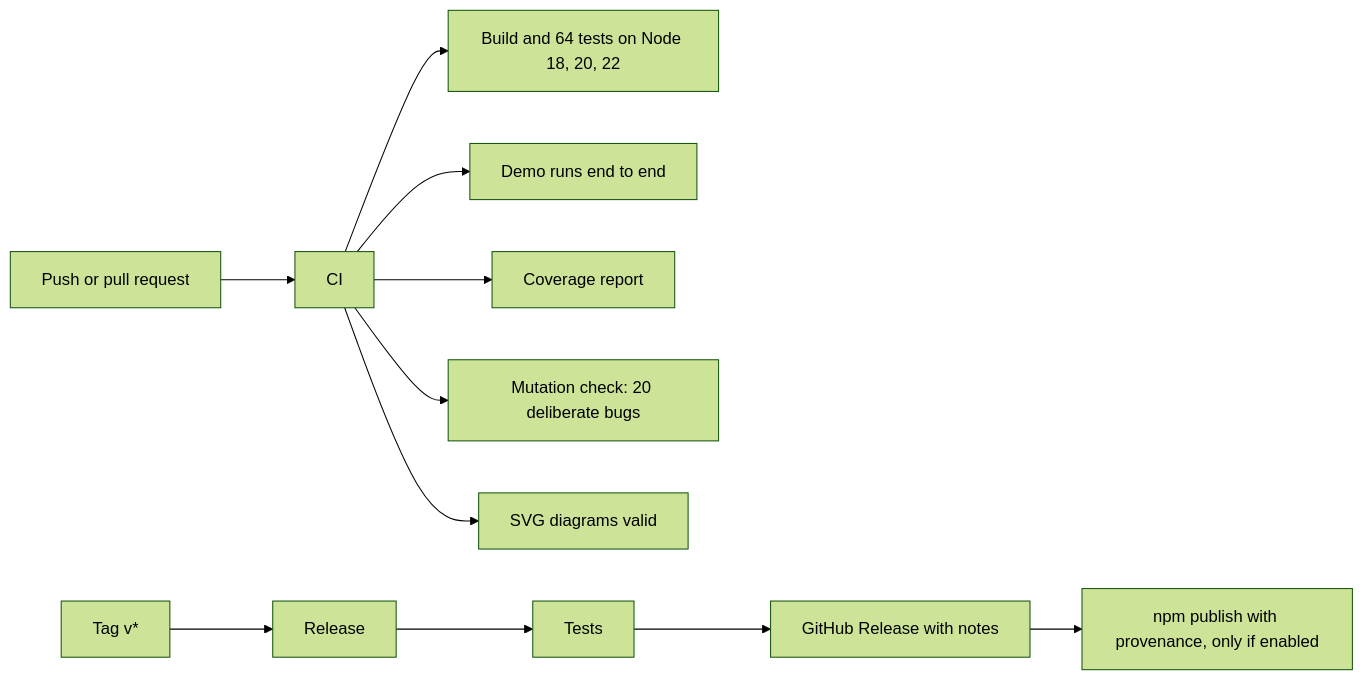
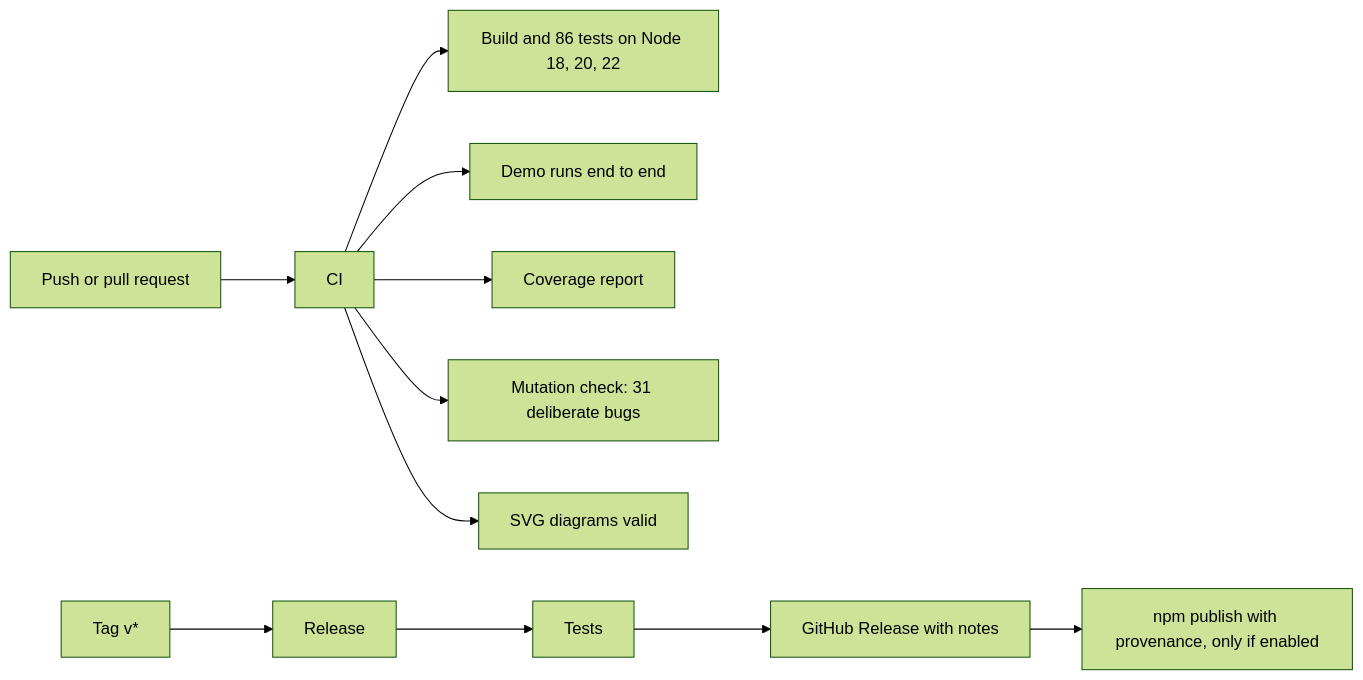
One commit to techsaurabh-394/mcp-safe-actions changed the third of 3 diagrams in README.md. Above: the diagram before and after it, drawn with Mermaid (forest theme). The commit also changed other lines of this file and 8 other files, not shown here.

````diff
--- a/README.md
+++ b/README.md
@@ -210,13 +224,13 @@
 ```mermaid
 flowchart LR
     A[Push or pull request] --> B[CI]
-    B --> B1[Build and 64 tests on Node 18, 20, 22]
+    B --> B1[Build and 86 tests on Node 18, 20, 22]
     B --> B2[Demo runs end to end]
     B --> B3[Coverage report]
-    B --> B4[Mutation check: 20 deliberate bugs]
+    B --> B4[Mutation check: 31 deliberate bugs]
     B --> B5[SVG diagrams valid]
     C[Tag v*] --> D[Release]
     D --> D1[Tests]
     D1 --> D2[GitHub Release with notes]
     D2 --> D3[npm publish with provenance, only if enabled]
 ```
````
